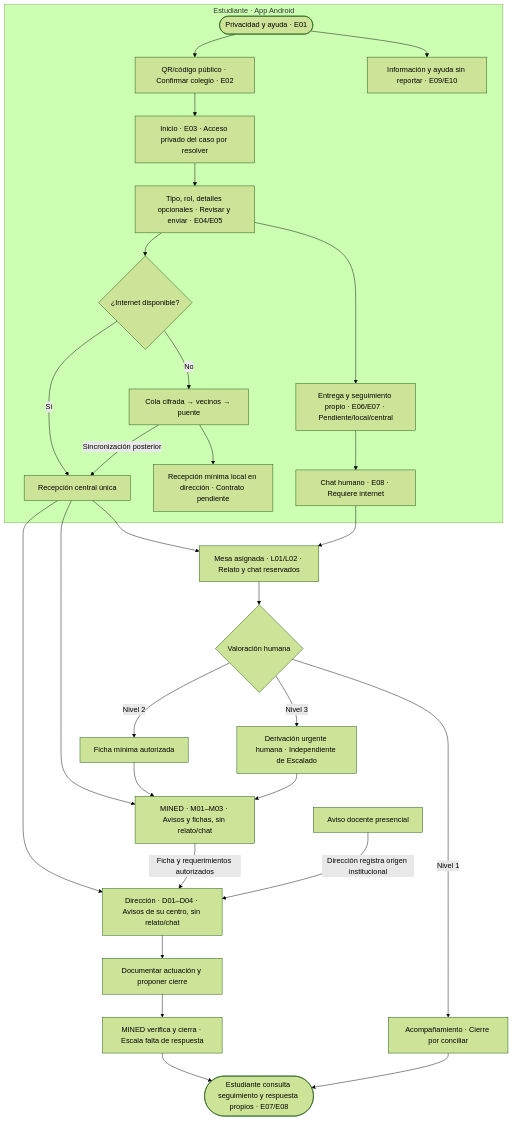
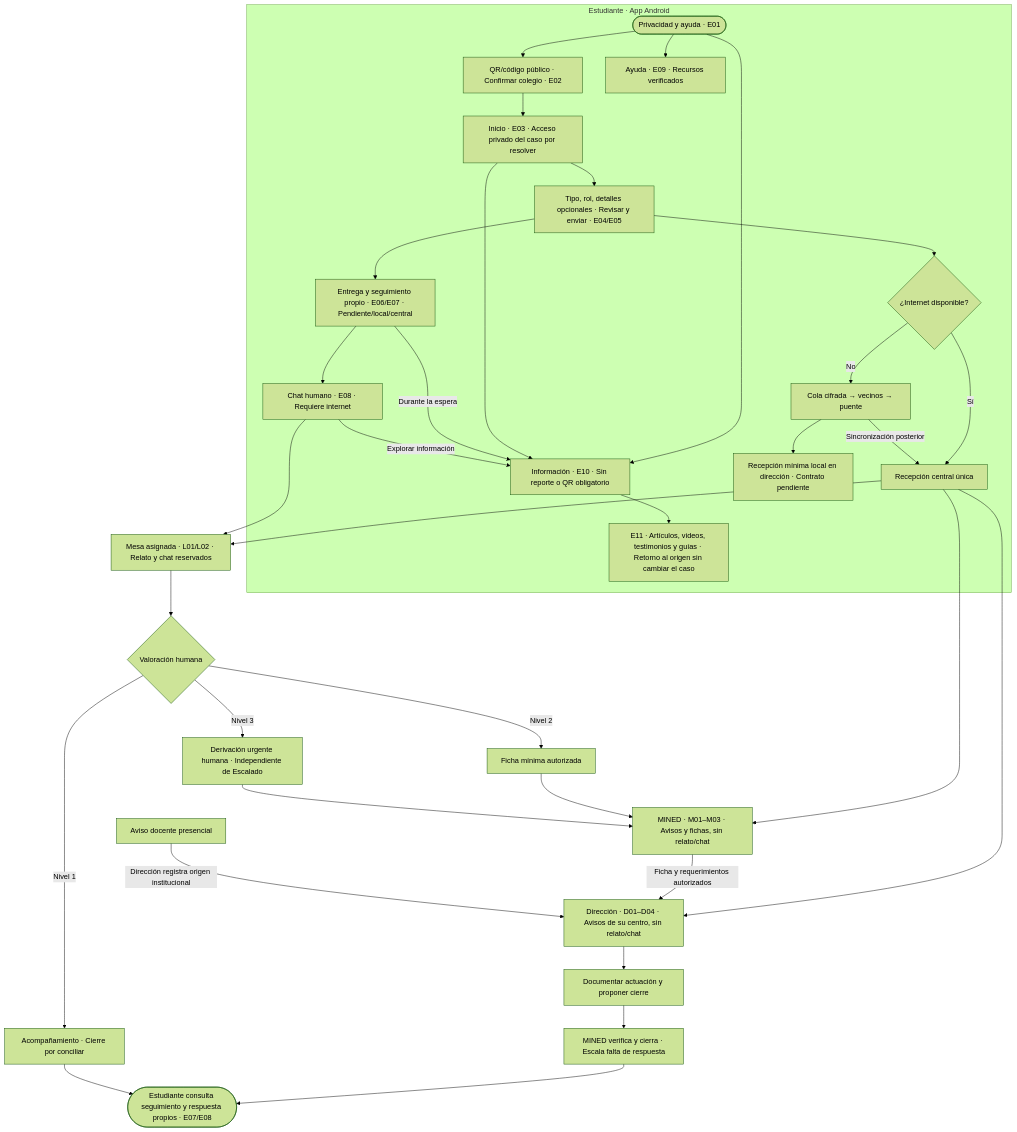
The diagram in docs/diseno/flujos/08-recorrido-usuarios.mmd (JaBaca67/Setu-Unicef-Bugnuelitos-UAM), drawn with Mermaid (forest theme) before and after one commit. The commit also changed 17 other files, not shown here.

```diff
--- a/docs/diseno/flujos/08-recorrido-usuarios.mmd
+++ b/docs/diseno/flujos/08-recorrido-usuarios.mmd
@@ -1,30 +1,35 @@
 flowchart TD
     subgraph EST["Estudiante · App Android"]
         A(["Privacidad y ayuda · E01"]) --> B["QR/código público · Confirmar colegio · E02"]
-        A --> INFO["Información y ayuda sin reportar · E09/E10"]
+        A --> HELP["Ayuda · E09 · Recursos verificados"]
+        A --> INFO["Información · E10 · Sin reporte o QR obligatorio"]
         B --> C["Inicio · E03 · Acceso privado del caso por resolver"]
         C --> D["Tipo, rol, detalles opcionales · Revisar y enviar · E04/E05"]
+        C --> INFO
         D --> NET{"¿Internet disponible?"}
         NET -->|"Sí"| API["Recepción central única"]
         NET -->|"No"| Q["Cola cifrada → vecinos → puente"]
         Q --> LOC["Recepción mínima local en dirección · Contrato pendiente"]
         Q -->|"Sincronización posterior"| API
         D --> TRACK["Entrega y seguimiento propio · E06/E07 · Pendiente/local/central"]
         TRACK --> CHAT["Chat humano · E08 · Requiere internet"]
+        TRACK -->|"Durante la espera"| INFO
+        CHAT -->|"Explorar información"| INFO
+        INFO --> RESOURCE["E11 · Artículos, videos, testimonios y guías · Retorno al origen sin cambiar el caso"]
     end
     API --> MIN["MINED · M01–M03 · Avisos y fichas, sin relato/chat"]
     API --> DIR["Dirección · D01–D04 · Avisos de su centro, sin relato/chat"]
     API --> MESA["Mesa asignada · L01/L02 · Relato y chat reservados"]
     CHAT --> MESA
     MESA --> NIV{"Valoración humana"}
     NIV -->|"Nivel 1"| APOYO["Acompañamiento · Cierre por conciliar"]
     NIV -->|"Nivel 2"| FICHA["Ficha mínima autorizada"]
     NIV -->|"Nivel 3"| URG["Derivación urgente humana · Independiente de Escalado"]
     FICHA --> MIN
     MIN -->|"Ficha y requerimientos autorizados"| DIR
     DIR --> ACT["Documentar actuación y proponer cierre"]
     ACT --> CLOSE["MINED verifica y cierra · Escala falta de respuesta"]
     CLOSE --> FIN(["Estudiante consulta seguimiento y respuesta propios · E07/E08"])
     APOYO --> FIN
     URG --> MIN
     DOC["Aviso docente presencial"] -->|"Dirección registra origen institucional"| DIR
```
